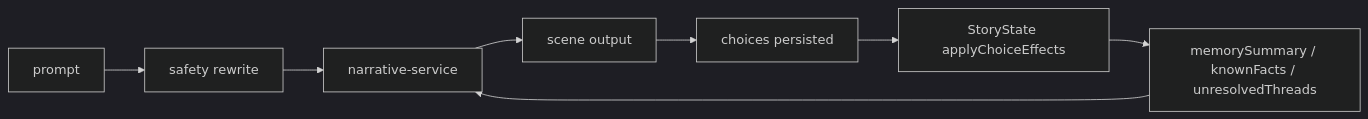
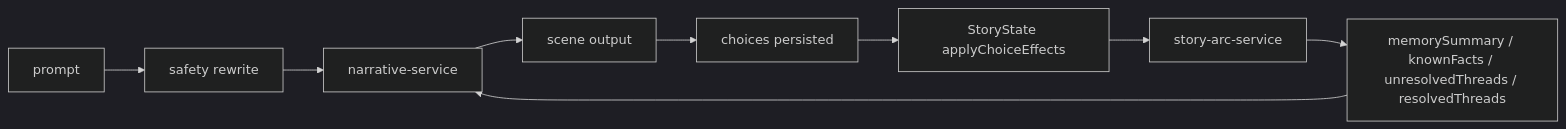
One commit to Caser-86/storyforge-interactive-narrative changed the second of 2 diagrams in README.md. Above: the diagram before and after it, drawn with Mermaid (dark theme). The commit also changed other lines of this file and 32 other files, not shown here.

````diff
--- a/README.md
+++ b/README.md
@@ -137,10 +148,11 @@
 ```mermaid
 flowchart LR
     P[prompt] --> S[safety rewrite]
     S --> N[narrative-service]
     N --> O[scene output]
     O --> Q[choices persisted]
     Q --> T[StoryState applyChoiceEffects]
-    T --> M[memorySummary / knownFacts / unresolvedThreads]
+    T --> A[story-arc-service]
+    A --> M[memorySummary / knownFacts / unresolvedThreads / resolvedThreads]
     M --> N
 ```
````
